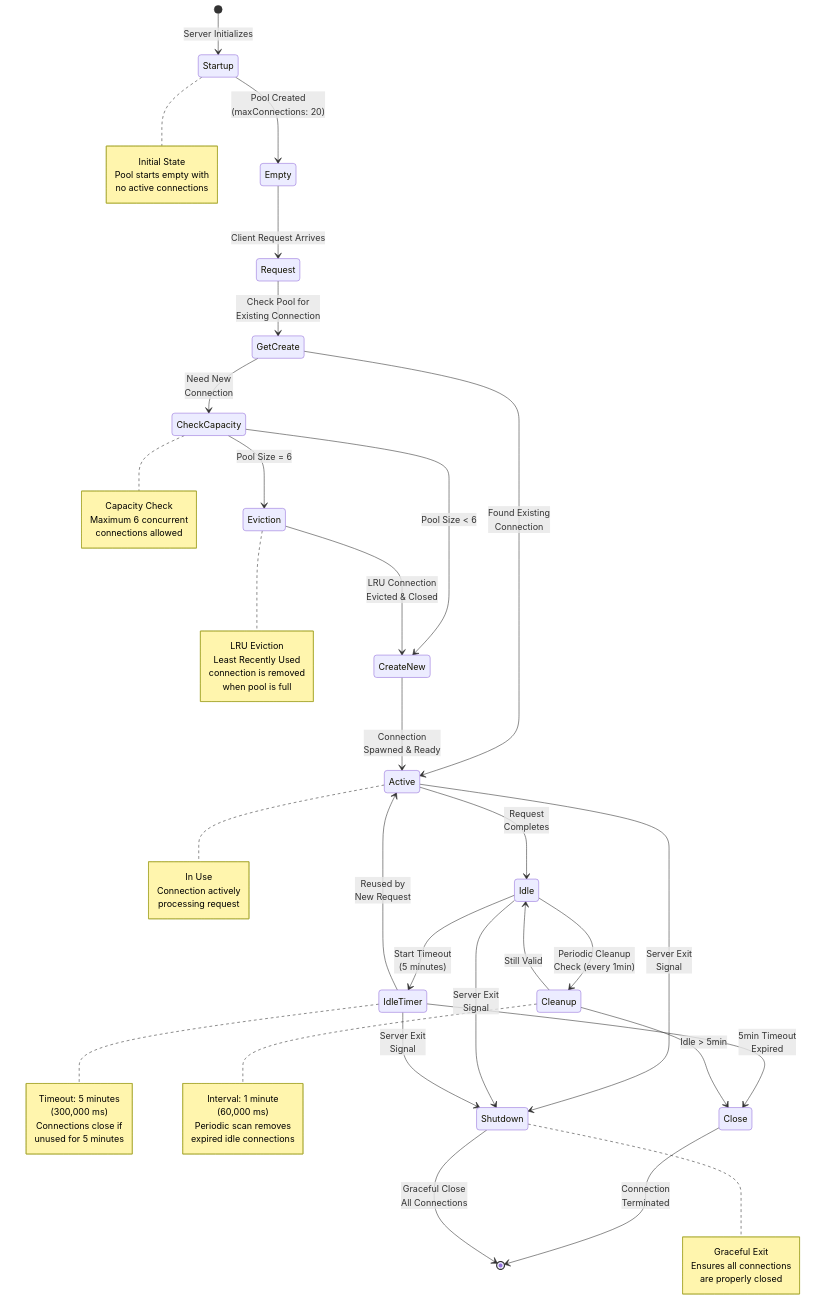
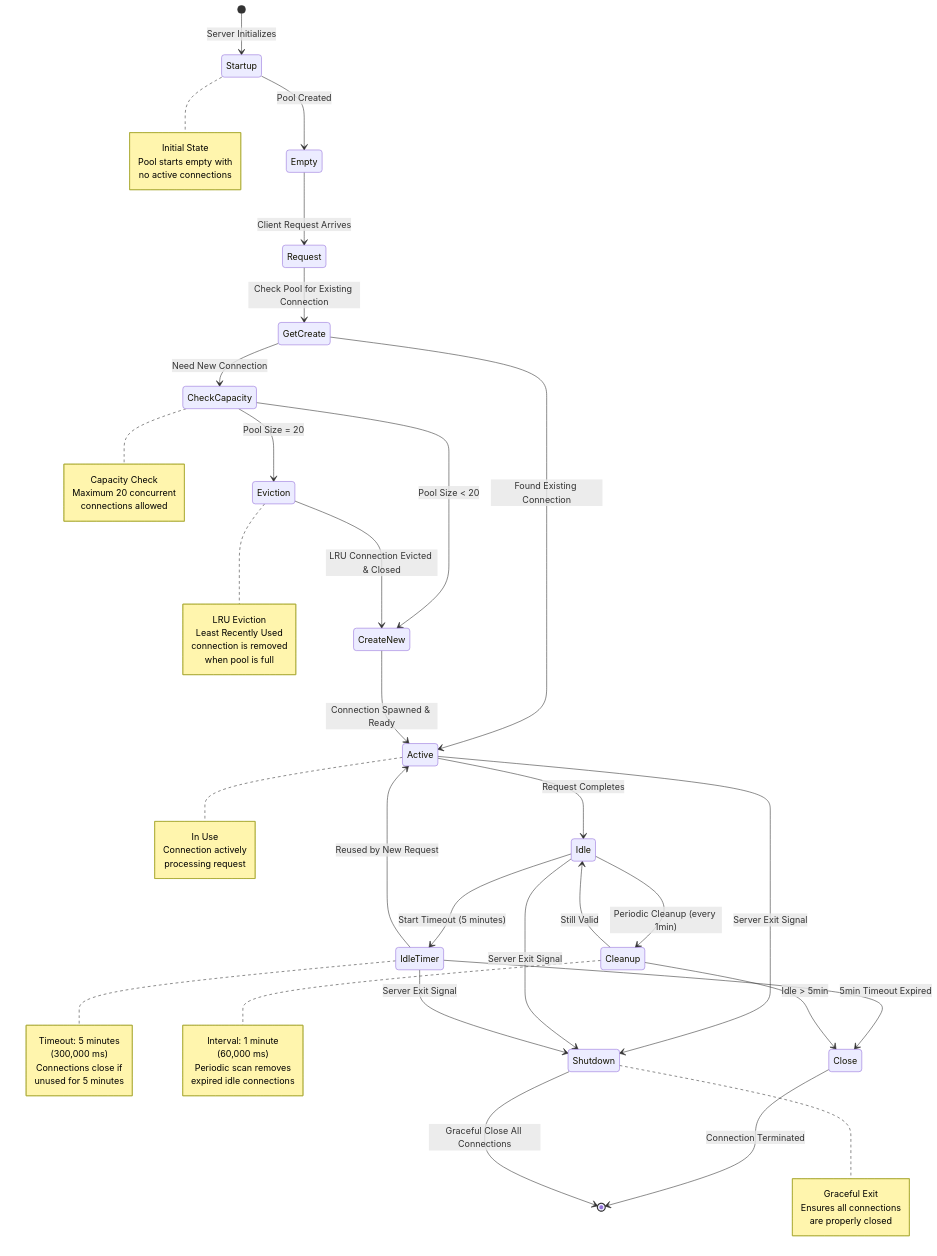
Before and after one commit to blueman82/mcp-exec: the diagram in projects/meta-mcp-server/docs/diagrams/03-pool-lifecycle.md, drawn with Mermaid. The commit also changed other lines of this file, not shown here.

Commit message:
fix: Resolve Mermaid parse error in pool lifecycle diagram
- Remove <br/> HTML tags from transition labels (Mermaid state diagrams don't support them)
- Fix maxConnections references: 6 → 20 throughout
- All labels now single-line for proper Mermaid rendering
- Configuration table, state descriptions, notes, and benefits all updated

```diff
--- a/projects/meta-mcp-server/docs/diagrams/03-pool-lifecycle.md
+++ b/projects/meta-mcp-server/docs/diagrams/03-pool-lifecycle.md
@@ -8,39 +8,39 @@
 stateDiagram-v2
     [*] --> Startup: Server Initializes
 
-    Startup --> Empty: Pool Created<br/>(maxConnections: 20)
+    Startup --> Empty: Pool Created
 
     Empty --> Request: Client Request Arrives
-    Request --> GetCreate: Check Pool for<br/>Existing Connection
+    Request --> GetCreate: Check Pool for Existing Connection
 
-    GetCreate --> Active: Found Existing<br/>Connection
-    GetCreate --> CheckCapacity: Need New<br/>Connection
+    GetCreate --> Active: Found Existing Connection
+    GetCreate --> CheckCapacity: Need New Connection
 
-    CheckCapacity --> CreateNew: Pool Size < 6
-    CheckCapacity --> Eviction: Pool Size = 6
+    CheckCapacity --> CreateNew: Pool Size < 20
+    CheckCapacity --> Eviction: Pool Size = 20
 
-    Eviction --> CreateNew: LRU Connection<br/>Evicted & Closed
+    Eviction --> CreateNew: LRU Connection Evicted & Closed
 
-    CreateNew --> Active: Connection<br/>Spawned & Ready
+    CreateNew --> Active: Connection Spawned & Ready
 
-    Active --> Idle: Request<br/>Completes
+    Active --> Idle: Request Completes
 
-    Idle --> IdleTimer: Start Timeout<br/>(5 minutes)
+    Idle --> IdleTimer: Start Timeout (5 minutes)
 
-    IdleTimer --> Active: Reused by<br/>New Request
-    IdleTimer --> Close: 5min Timeout<br/>Expired
+    IdleTimer --> Active: Reused by New Request
+    IdleTimer --> Close: 5min Timeout Expired
 
-    Idle --> Cleanup: Periodic Cleanup<br/>Check (every 1min)
+    Idle --> Cleanup: Periodic Cleanup (every 1min)
     Cleanup --> Close: Idle > 5min
     Cleanup --> Idle: Still Valid
 
-    Close --> [*]: Connection<br/>Terminated
+    Close --> [*]: Connection Terminated
 
-    Active --> Shutdown: Server Exit<br/>Signal
-    Idle --> Shutdown: Server Exit<br/>Signal
-    IdleTimer --> Shutdown: Server Exit<br/>Signal
+    Active --> Shutdown: Server Exit Signal
+    Idle --> Shutdown: Server Exit Signal
+    IdleTimer --> Shutdown: Server Exit Signal
 
-    Shutdown --> [*]: Graceful Close<br/>All Connections
+    Shutdown --> [*]: Graceful Close All Connections
 
     note right of Startup
         Initial State
@@ -50,7 +50,7 @@
 
     note right of CheckCapacity
         Capacity Check
-        Maximum 6 concurrent
+        Maximum 20 concurrent
         connections allowed
     end note
 
```
